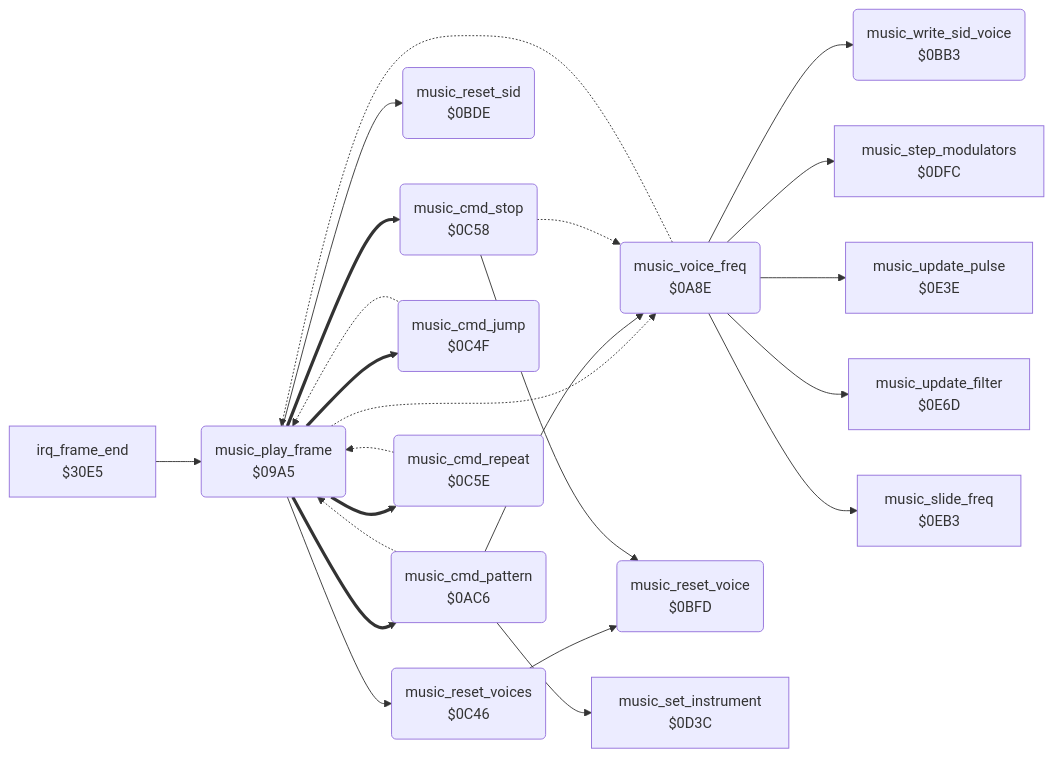
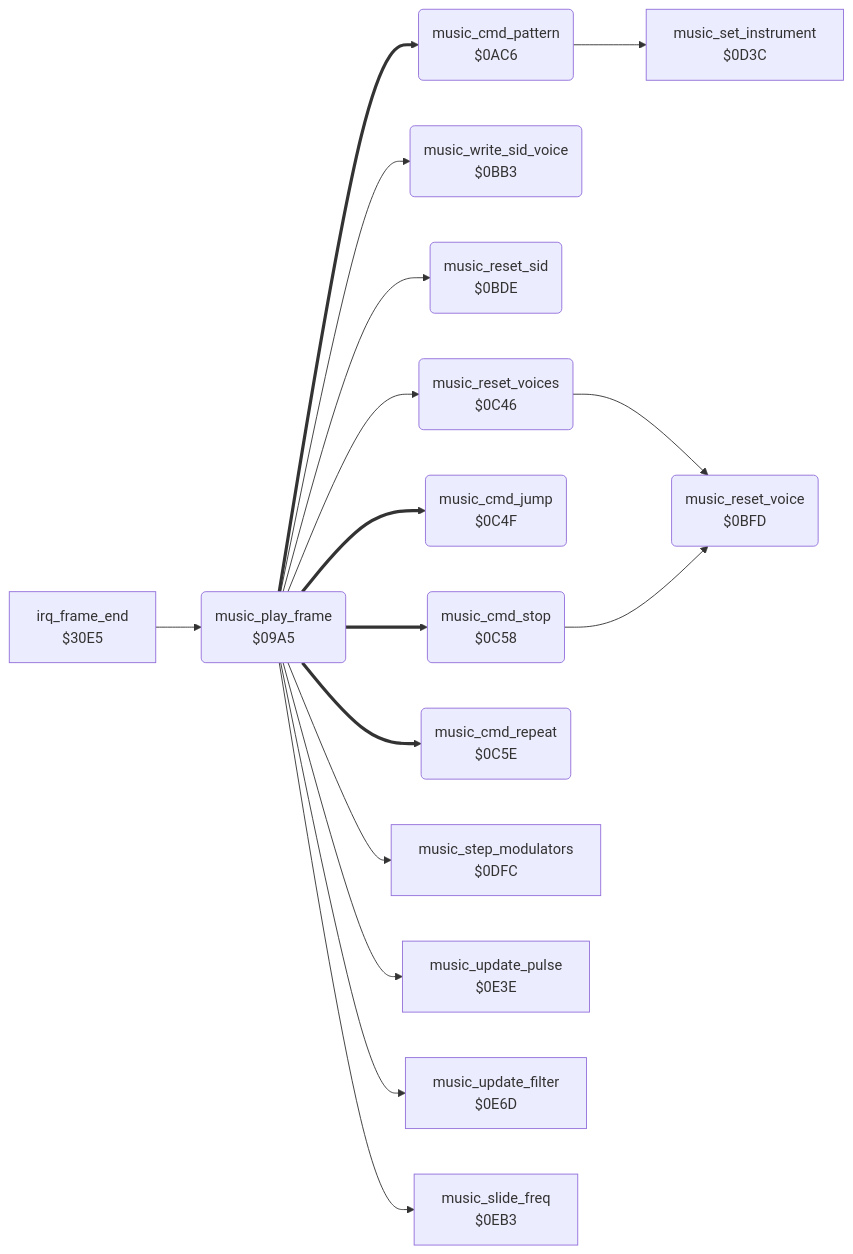
The diagram in exploding_fist/v2/docs/reference/modules/music/music_driver.md (henols/c64_games), drawn with Mermaid before and after one commit. The commit also changed other lines of this file and 319 other files, not shown here.

````diff
--- a/exploding_fist/v2/docs/reference/modules/music/music_driver.md
+++ b/exploding_fist/v2/docs/reference/modules/music/music_driver.md
@@ -10,41 +24,33 @@
 ```mermaid
 flowchart LR
   n09a5("music_play_frame<br/>$09A5")
-  n0a8e("music_voice_freq<br/>$0A8E")
   n0ac6("music_cmd_pattern<br/>$0AC6")
   n0bb3("music_write_sid_voice<br/>$0BB3")
   n0bde("music_reset_sid<br/>$0BDE")
   n0bfd("music_reset_voice<br/>$0BFD")
   n0c46("music_reset_voices<br/>$0C46")
   n0c4f("music_cmd_jump<br/>$0C4F")
   n0c58("music_cmd_stop<br/>$0C58")
   n0c5e("music_cmd_repeat<br/>$0C5E")
   n0d3c["music_set_instrument<br/>$0D3C"]
   n0dfc["music_step_modulators<br/>$0DFC"]
   n0e3e["music_update_pulse<br/>$0E3E"]
   n0e6d["music_update_filter<br/>$0E6D"]
   n0eb3["music_slide_freq<br/>$0EB3"]
   n30e5["irq_frame_end<br/>$30E5"]
-  n09a5 -.-> n0a8e
   n09a5 ==> n0ac6
+  n09a5 --> n0bb3
   n09a5 --> n0bde
   n09a5 --> n0c46
   n09a5 ==> n0c4f
   n09a5 ==> n0c58
   n09a5 ==> n0c5e
-  n0a8e -.-> n09a5
-  n0a8e --> n0bb3
-  n0a8e --> n0dfc
-  n0a8e --> n0e3e
-  n0a8e --> n0e6d
-  n0a8e --> n0eb3
-  n0ac6 -.-> n09a5
-  n0ac6 --> n0a8e
+  n09a5 --> n0dfc
+  n09a5 --> n0e3e
+  n09a5 --> n0e6d
+  n09a5 --> n0eb3
   n0ac6 --> n0d3c
   n0c46 --> n0bfd
-  n0c4f -.-> n09a5
-  n0c58 -.-> n0a8e
   n0c58 --> n0bfd
-  n0c5e -.-> n09a5
   n30e5 --> n09a5
 ```
````
